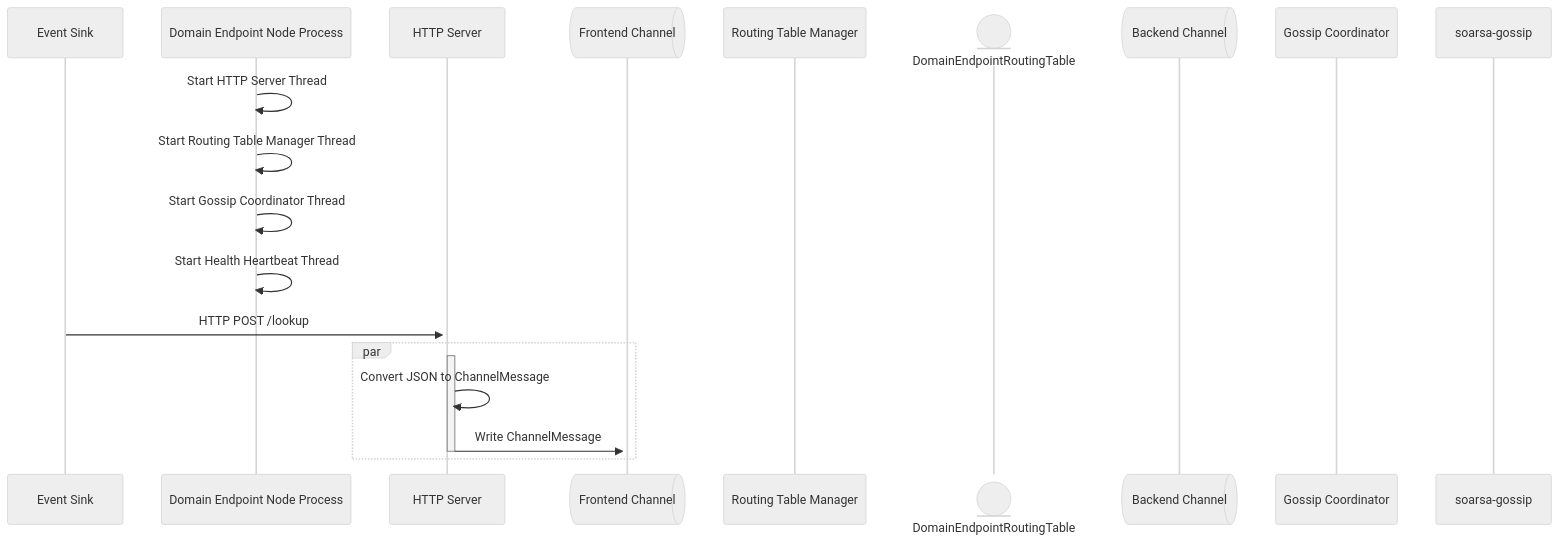
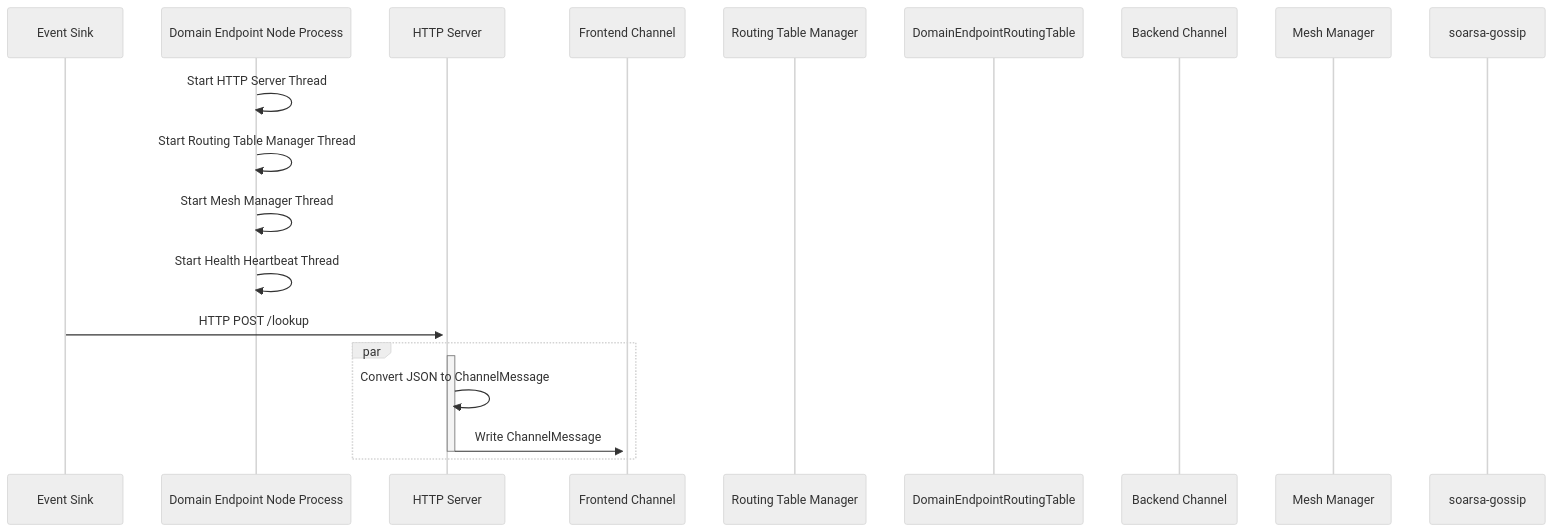
Before and after one commit to Layer9Labs/domain-endpoint-resolver: the second of 2 diagrams in docs/Domain Endpoint Resolver Product Requirements Document (PRD).md, drawn with Mermaid (neutral theme). The commit also changed other lines of this file and 1 other file, not shown here.

Commit message:
Updated Sequence Diagrams

````diff
--- a/docs/Domain Endpoint Resolver Product Requirements Document (PRD).md
+++ b/docs/Domain Endpoint Resolver Product Requirements Document (PRD).md
@@ -400,25 +394,25 @@
 ```mermaid
 sequenceDiagram
     participant ES as Event Sink
     participant DEN as Domain Endpoint Node Process
     participant HTTP as HTTP Server
-    participant FE@{ "type": "queue" } as Frontend Channel
+    participant FE as Frontend Channel
     participant RTM as Routing Table Manager
-    participant DERT@{ "type": "entity" } as DomainEndpointRoutingTable
-    participant BE@{ "type": "queue" } as Backend Channel
-    participant GC as Gossip Coordinator
+    participant DERT as DomainEndpointRoutingTable
+    participant BE as Backend Channel
+    participant MM as Mesh Manager
     participant SG as soarsa-gossip
 
     DEN->>DEN: Start HTTP Server Thread
     DEN->>DEN: Start Routing Table Manager Thread
-    DEN->>DEN: Start Gossip Coordinator Thread
+    DEN->>DEN: Start Mesh Manager Thread
     DEN->>DEN: Start Health Heartbeat Thread
     ES->>+HTTP: HTTP POST /lookup
     par
       activate HTTP
       HTTP->>HTTP: Convert JSON to ChannelMessage
       HTTP->>+FE: Write ChannelMessage
       deactivate HTTP
     end
 
 ```
````
